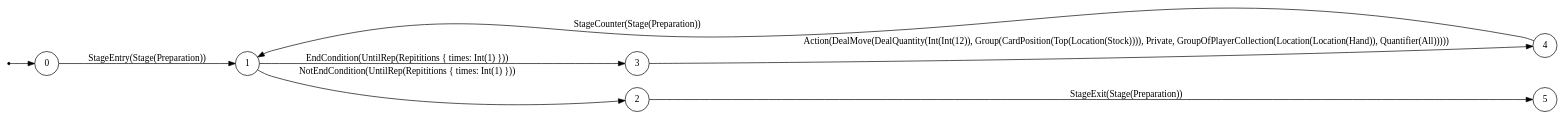
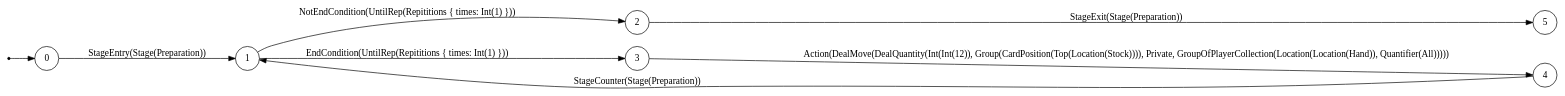
One commit to mentalcardgames/mcg changed the diagram in ir/tests_out/stage.dot. Above: the diagram before and after it, drawn with Graphviz. The commit also changed other lines of this file and 22 other files, not shown here.

```diff
--- a/ir/tests_out/stage.dot
+++ b/ir/tests_out/stage.dot
@@ -1,12 +1,12 @@
 digraph FSM {
   rankdir=LR;
   node [shape = circle];
+  1 -> 2 [label="NotEndCondition(UntilRep(Repititions { times: Int(1) }))"];
   1 -> 3 [label="EndCondition(UntilRep(Repititions { times: Int(1) }))"];
   3 -> 4 [label="Action(DealMove(DealQuantity(Int(Int(12)), Group(CardPosition(Top(Location(Stock)))), Private, GroupOfPlayerCollection(Location(Location(Hand)), Quantifier(All)))))"];
   0 -> 1 [label="StageEntry(Stage(Preparation))"];
   4 -> 1 [label="StageCounter(Stage(Preparation))"];
-  1 -> 2 [label="NotEndCondition(UntilRep(Repititions { times: Int(1) }))"];
   2 -> 5 [label="StageExit(Stage(Preparation))"];
   start [shape=point];
   start -> 0;
 }
```
